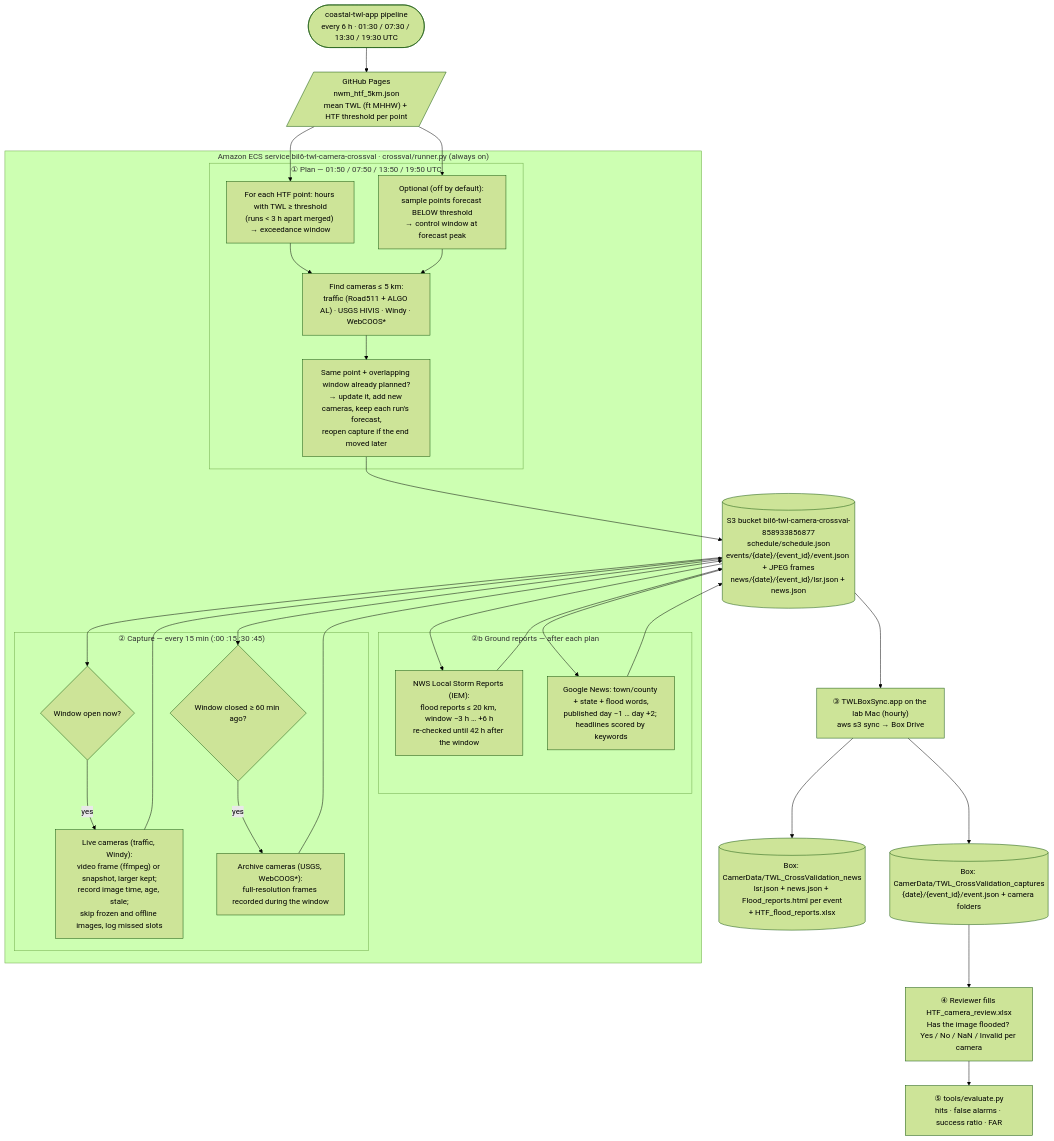
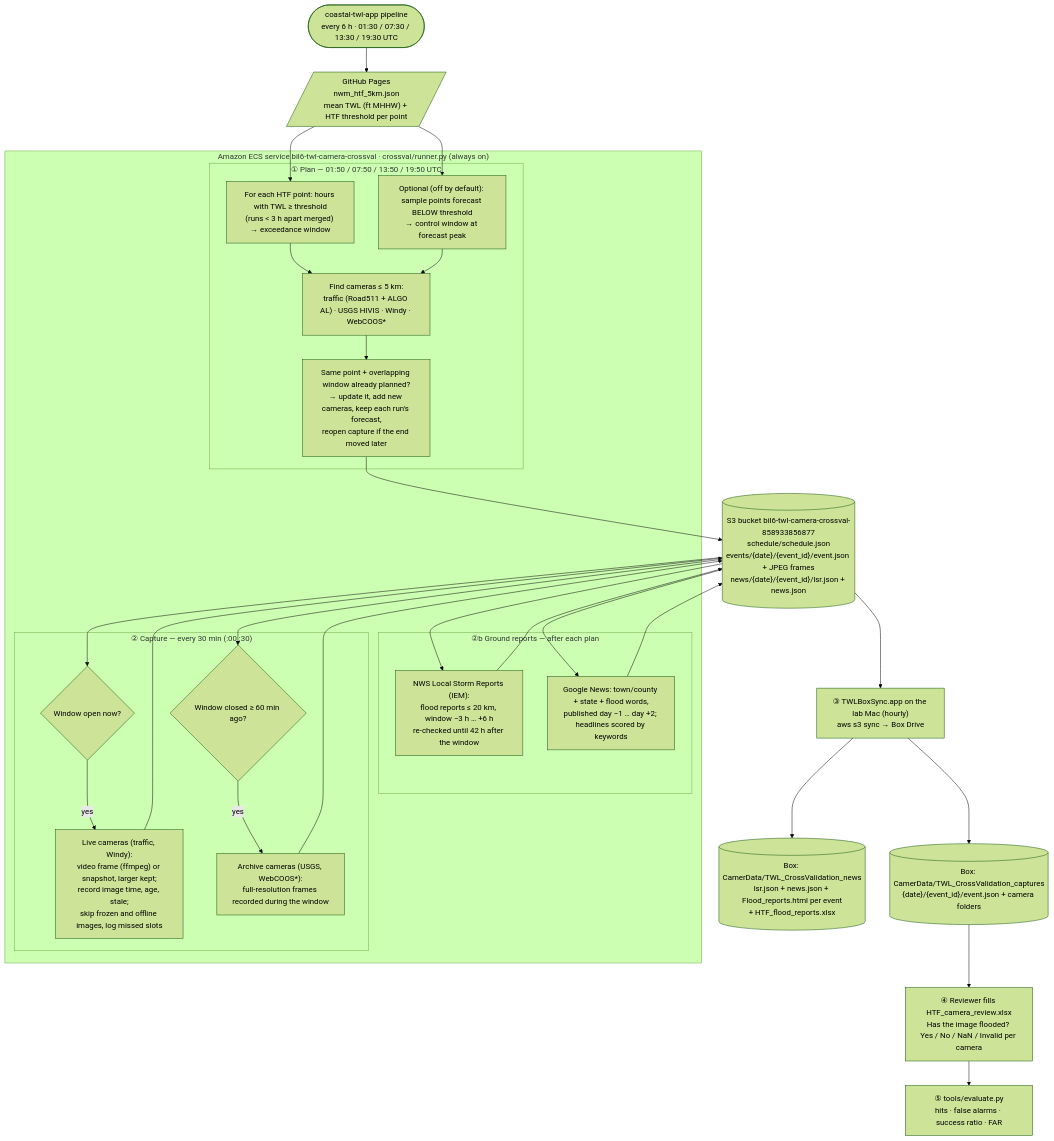
One commit to Ehsankahrizi/TWL_Camera_CrossValidation changed the diagram in README.md. Above: the diagram before and after it, drawn with Mermaid (forest theme). The commit also changed other lines of this file and 4 other files, not shown here.

Commit message:
Capture every 30 min; map legend avoids the camera and HTF point; thin dashed lines for offline slots

````diff
--- a/README.md
+++ b/README.md
@@ -16,45 +16,45 @@
 ```mermaid
 flowchart TD
     TWL(["coastal-twl-app pipeline<br/>every 6 h · 01:30 / 07:30 / 13:30 / 19:30 UTC"])
     TWL --> PAGES[/"GitHub Pages<br/>nwm_htf_5km.json<br/>mean TWL (ft MHHW) + HTF threshold per point"/]
 
     subgraph ECS["Amazon ECS service bil6-twl-camera-crossval · crossval/runner.py (always on)"]
         subgraph PLAN["① Plan — 01:50 / 07:50 / 13:50 / 19:50 UTC"]
             P1["For each HTF point: hours with TWL ≥ threshold<br/>(runs < 3 h apart merged) → exceedance window"]
             P2["Optional (off by default): sample points forecast BELOW threshold<br/>→ control window at forecast peak"]
             P3["Find cameras ≤ 5 km:<br/>traffic (Road511 + ALGO AL) · USGS HIVIS · Windy · WebCOOS*"]
             P4["Same point + overlapping window already planned?<br/>→ update it, add new cameras, keep each run's forecast,<br/>reopen capture if the end moved later"]
             P1 --> P3
             P2 --> P3 --> P4
         end
         subgraph REP["②b Ground reports — after each plan"]
             R1["NWS Local Storm Reports (IEM):<br/>flood reports ≤ 20 km, window −3 h … +6 h<br/>re-checked until 42 h after the window"]
             R2["Google News: town/county + state + flood words,<br/>published day −1 … day +2; headlines scored by keywords"]
         end
-        subgraph CAP["② Capture — every 15 min (:00 :15 :30 :45)"]
+        subgraph CAP["② Capture — every 30 min (:00 :30)"]
             C1{"Window open now?"}
             C2["Live cameras (traffic, Windy):<br/>video frame (ffmpeg) or snapshot, larger kept;<br/>record image time, age, stale;<br/>skip frozen and offline images, log missed slots"]
             C3{"Window closed ≥ 60 min ago?"}
             C4["Archive cameras (USGS, WebCOOS*):<br/>full-resolution frames recorded during the window"]
             C1 -- yes --> C2
             C3 -- yes --> C4
         end
     end
     PAGES --> P1
     PAGES --> P2
     P4 --> S3[("S3 bucket bil6-twl-camera-crossval-858933856877<br/>schedule/schedule.json<br/>events/{date}/{event_id}/event.json + JPEG frames<br/>news/{date}/{event_id}/lsr.json + news.json")]
     S3 --> R1
     R1 --> S3
     S3 --> R2
     R2 --> S3
     S3 --> C1
     S3 --> C3
     C2 --> S3
     C4 --> S3
 
     S3 --> SYNC["③ TWLBoxSync.app on the lab Mac (hourly)<br/>aws s3 sync → Box Drive"]
     SYNC --> BOX[("Box: CamerData/TWL_CrossValidation_captures<br/>{date}/{event_id}/event.json + camera folders")]
     SYNC --> NEWS[("Box: CamerData/TWL_CrossValidation_news<br/>lsr.json + news.json + Flood_reports.html per event<br/>+ HTF_flood_reports.xlsx")]
     BOX --> LAB["④ Reviewer fills HTF_camera_review.xlsx<br/>Has the image flooded? Yes / No / NaN / Invalid per camera"]
     LAB --> EVAL["⑤ tools/evaluate.py<br/>hits · false alarms · success ratio · FAR"]
 ```
````
